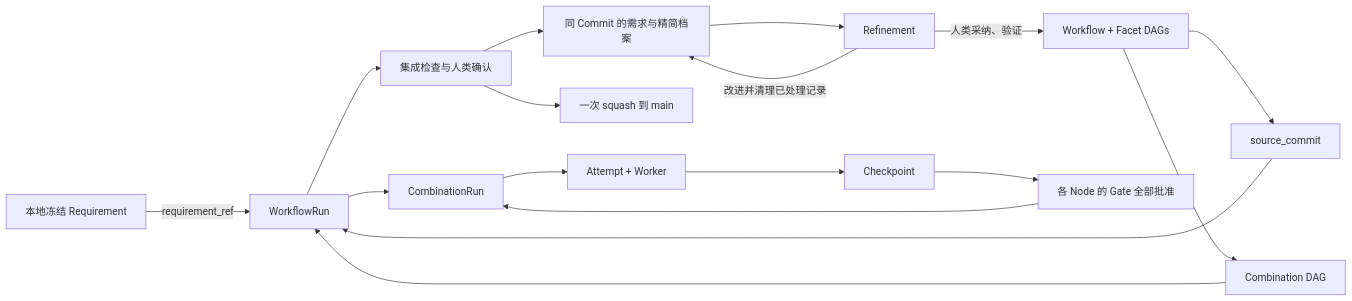
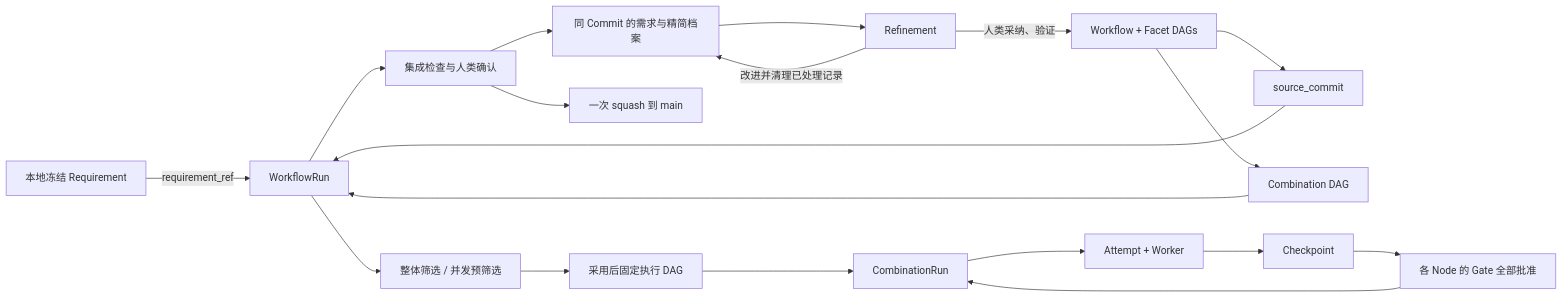
The diagram in design/00-overview.md (LingMessy/facetloom), drawn with Mermaid before and after one commit. The commit also changed other lines of this file and 9 other files, not shown here.

````diff
--- a/design/00-overview.md
+++ b/design/00-overview.md
@@ -20,19 +20,21 @@
 ```mermaid
 flowchart LR
     R[本地冻结 Requirement] -->|requirement_ref| WR[WorkflowRun]
     W[Workflow + Facet DAGs] --> S[source_commit]
     W --> D[Combination DAG]
     S --> WR[WorkflowRun]
     D --> WR
-    WR --> CR[CombinationRun]
+    WR --> SEL[整体筛选 / 并发预筛选]
+    SEL --> ED[采用后固定执行 DAG]
+    ED --> CR[CombinationRun]
     CR --> A[Attempt + Worker]
     A --> C[Checkpoint]
     C --> G[各 Node 的 Gate 全部批准]
     G --> CR
     WR --> I[集成检查与人类确认]
     I --> M[一次 squash 到 main]
     I --> L[同 Commit 的需求与精简档案]
     L --> F[Refinement]
     F -->|人类采纳、验证| W
     F -->|改进并清理已处理记录| L
 ```
````
